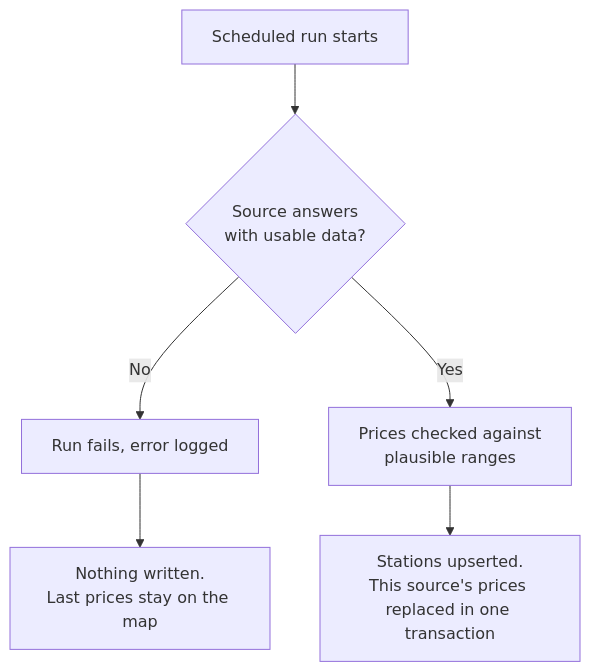
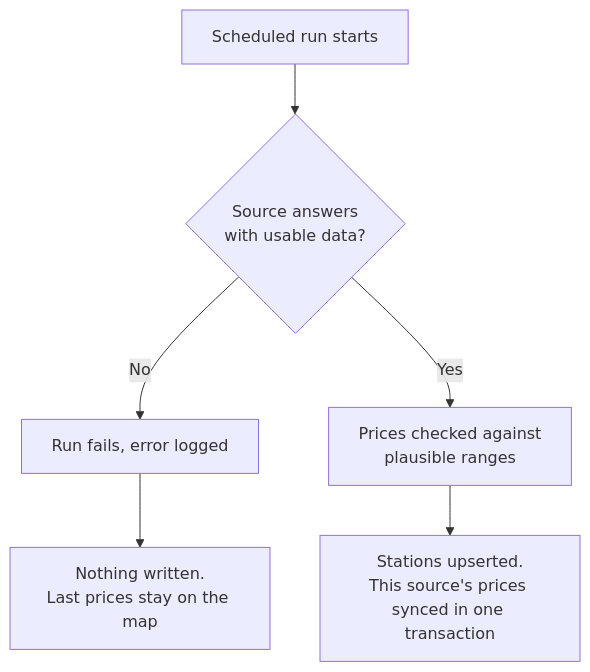
Before and after one commit to GeiserX/Pumperly: the diagram in docs/data/coverage.md, drawn with Mermaid. The commit also changed 40 other files, not shown here.

First line of the commit message:
perf(scrapers): stop rewriting unchanged prices and stations on every run (#236)

````diff
--- a/docs/data/coverage.md
+++ b/docs/data/coverage.md
@@ -156,8 +156,8 @@
 ```mermaid
 flowchart TD
     A[Scheduled run starts] --> B{Source answers<br>with usable data?}
     B -- No --> C[Run fails, error logged]
     C --> D[Nothing written.<br>Last prices stay on the map]
     B -- Yes --> E[Prices checked against<br>plausible ranges]
-    E --> F[Stations upserted.<br>This source's prices replaced in one transaction]
+    E --> F[Stations upserted.<br>This source's prices synced in one transaction]
 ```
````
